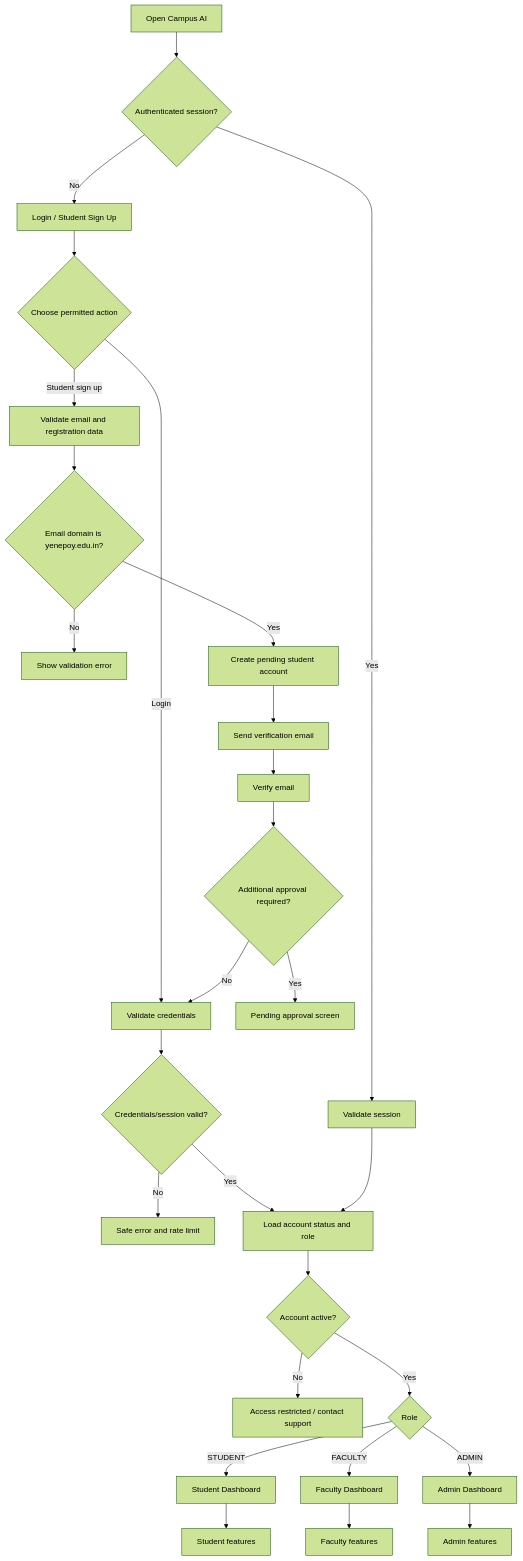
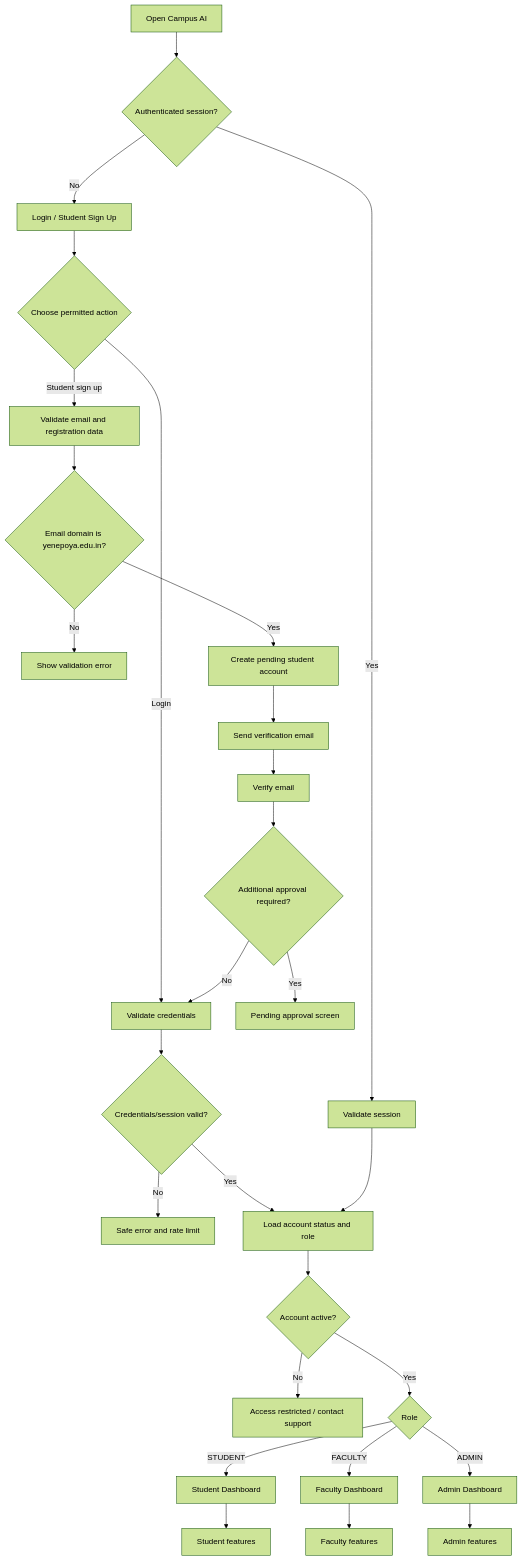
One commit to LYK-02/Campus-AI-for-YSET changed the first of 5 diagrams in docs/APP_FLOW.md. Above: the diagram before and after it, drawn with Mermaid (forest theme). The commit also changed other lines of this file, not shown here.

Commit message:
docs(flow): update institutional email domain to yenepoya.edu.in in app flow

````diff
--- a/docs/APP_FLOW.md
+++ b/docs/APP_FLOW.md
@@ -25,30 +25,30 @@
 ```mermaid
 flowchart TD
     A[Open Campus AI] --> B{Authenticated session?}
     B -- No --> C[Login / Student Sign Up]
     B -- Yes --> D[Validate session]
     C --> E{Choose permitted action}
     E -- Login --> F[Validate credentials]
     E -- Student sign up --> G[Validate email and registration data]
-    G --> H{Email domain is yenepoy.edu.in?}
+    G --> H{Email domain is yenepoya.edu.in?}
     H -- No --> I[Show validation error]
     H -- Yes --> J[Create pending student account]
     J --> K[Send verification email]
     K --> L[Verify email]
     L --> M{Additional approval required?}
     M -- Yes --> N[Pending approval screen]
     M -- No --> F
     F --> O{Credentials/session valid?}
     O -- No --> P[Safe error and rate limit]
     O -- Yes --> Q[Load account status and role]
     D --> Q
     Q --> R{Account active?}
     R -- No --> S[Access restricted / contact support]
     R -- Yes --> T{Role}
     T -- STUDENT --> U[Student Dashboard]
     T -- FACULTY --> V[Faculty Dashboard]
     T -- ADMIN --> W[Admin Dashboard]
     U --> X[Student features]
     V --> Y[Faculty features]
     W --> Z[Admin features]
 ```
````
